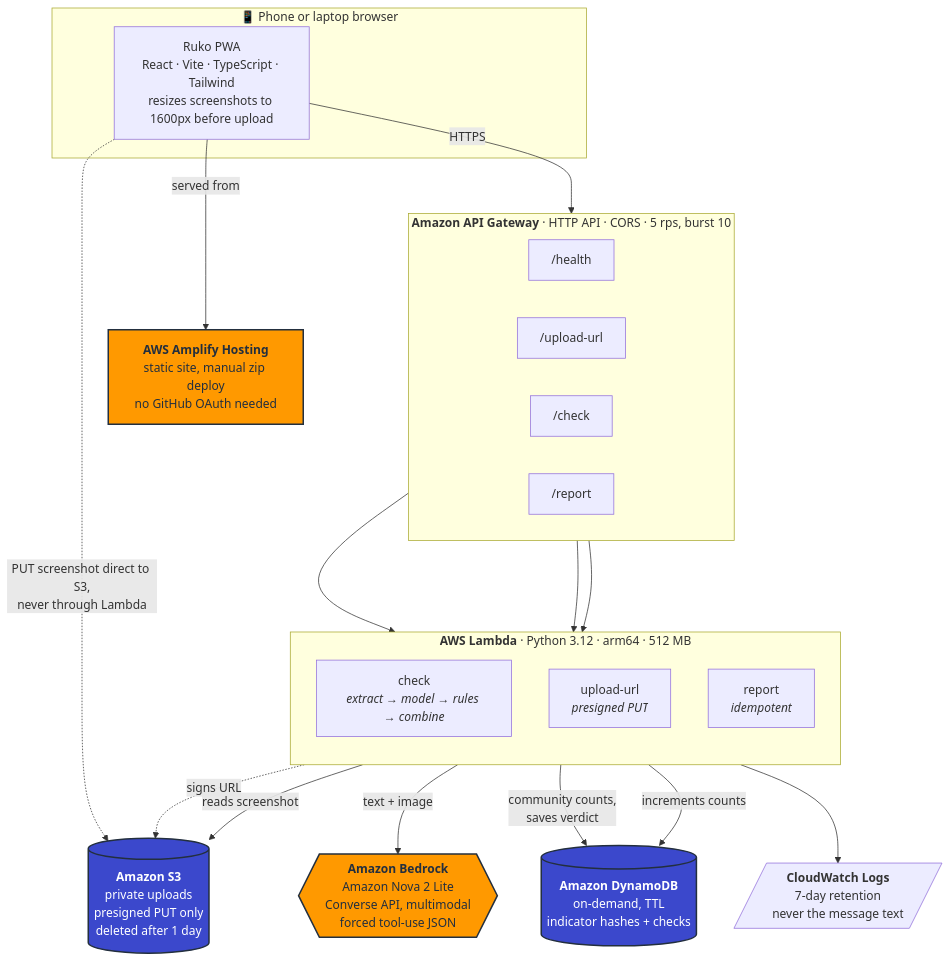
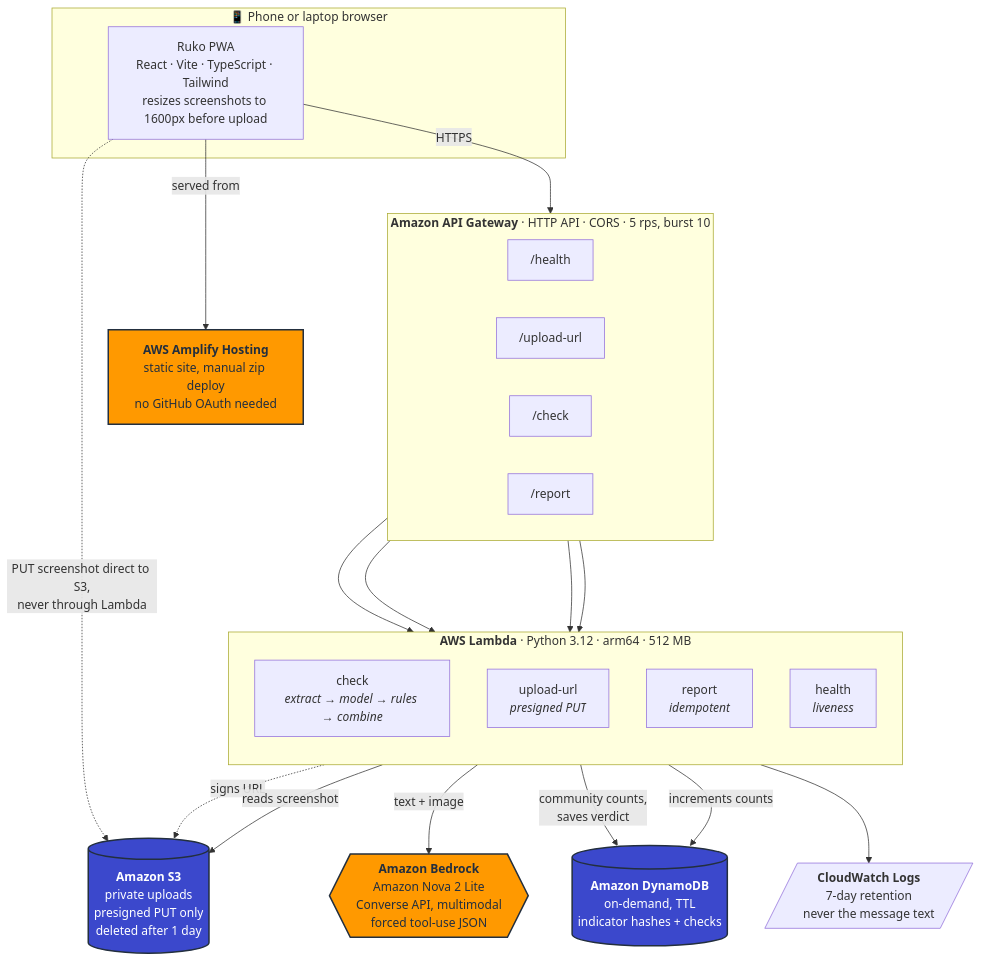
The diagram in README.md (hrshmakwana/ruko), drawn with Mermaid before and after one commit.

Commit message:
docs: connect /health in the architecture diagram
Rendered the Mermaid source headlessly to check it: /health was an orphan node
with no Lambda behind it, which reads as a mistake rather than a liveness probe.

Claude-Session: https://claude.ai/code/session_011GoYLZmBvfZWwVc1bgxpub

````diff
--- a/README.md
+++ b/README.md
@@ -44,46 +44,48 @@
 ```mermaid
 flowchart TB
     subgraph device["📱 Phone or laptop browser"]
         pwa["Ruko PWA<br/>React · Vite · TypeScript · Tailwind<br/>resizes screenshots to 1600px before upload"]
     end
 
     amplify["<b>AWS Amplify Hosting</b><br/>static site, manual zip deploy<br/>no GitHub OAuth needed"]
 
     subgraph api["<b>Amazon API Gateway</b> · HTTP API · CORS · 5 rps, burst 10"]
         direction LR
         r1["/health"]
         r2["/upload-url"]
         r3["/check"]
         r4["/report"]
     end
 
     subgraph lambdas["<b>AWS Lambda</b> · Python 3.12 · arm64 · 512 MB"]
         direction TB
         fcheck["check<br/><i>extract → model → rules → combine</i>"]
         fupload["upload-url<br/><i>presigned PUT</i>"]
         freport["report<br/><i>idempotent</i>"]
+        fhealth["health<br/><i>liveness</i>"]
     end
 
     s3[("<b>Amazon S3</b><br/>private uploads<br/>presigned PUT only<br/>deleted after 1 day")]
     ddb[("<b>Amazon DynamoDB</b><br/>on-demand, TTL<br/>indicator hashes + checks")]
     bedrock{{"<b>Amazon Bedrock</b><br/>Amazon Nova 2 Lite<br/>Converse API, multimodal<br/>forced tool-use JSON"}}
     logs[/"<b>CloudWatch Logs</b><br/>7-day retention<br/>never the message text"/]
 
     pwa -->|"served from"| amplify
     pwa -->|"HTTPS"| api
+    r1 --> fhealth
     r2 --> fupload
     r3 --> fcheck
     r4 --> freport
     pwa -.->|"PUT screenshot direct to S3,<br/>never through Lambda"| s3
     fupload -.->|"signs URL"| s3
     fcheck -->|"reads screenshot"| s3
     fcheck -->|"text + image"| bedrock
     fcheck -->|"community counts,<br/>saves verdict"| ddb
     freport -->|"increments counts"| ddb
     lambdas --> logs
 
     classDef aws fill:#ff9900,stroke:#232f3e,stroke-width:2px,color:#232f3e
     classDef store fill:#3b48cc,stroke:#232f3e,stroke-width:2px,color:#fff
     class amplify,bedrock aws
     class s3,ddb store
 ```
````
